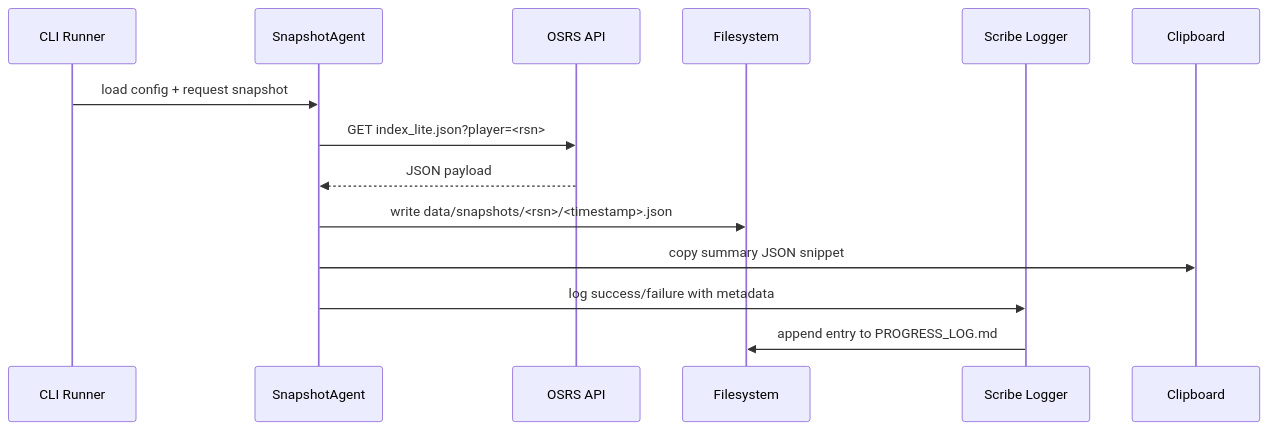
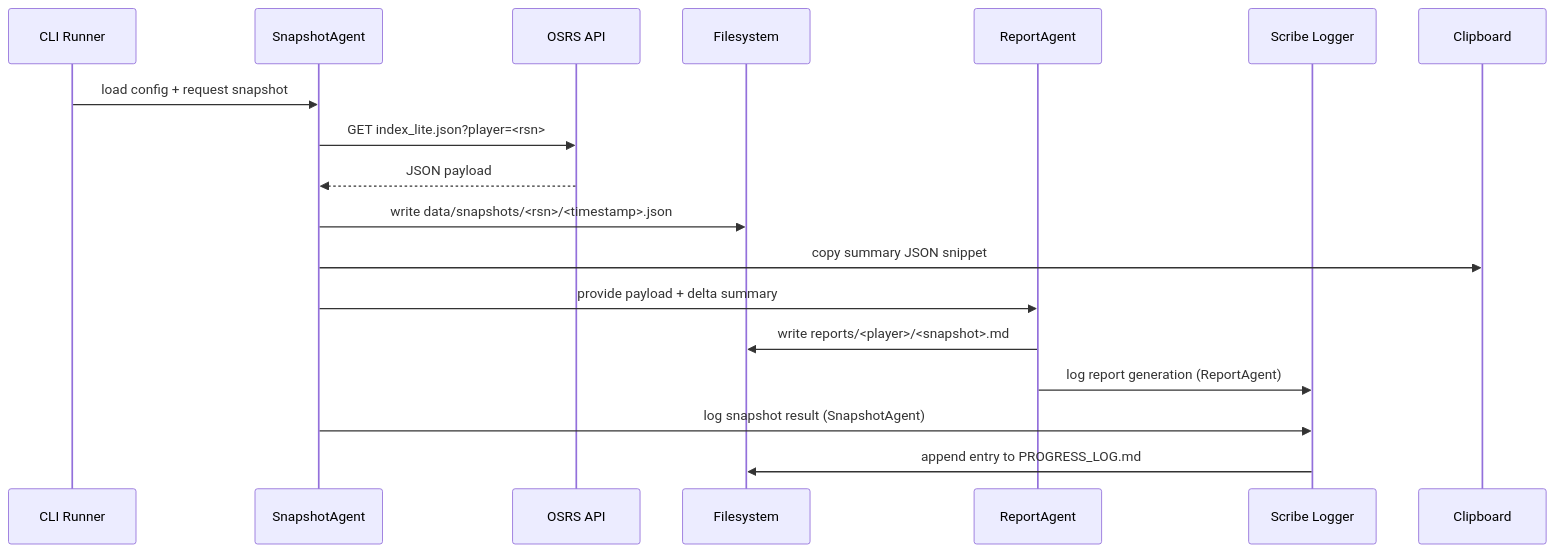
One commit to paxocial/osrs_hiscore_pull changed the second of 2 diagrams in docs/dev_plans/osrs_snapshot_agent/ARCHITECTURE_GUIDE.md. Above: the diagram before and after it, drawn with Mermaid. The commit also changed other lines of this file and 16 other files, not shown here.

First line of the commit message:
feat: Enhance SnapshotAgent and ReportAgent functionality

````diff
--- a/docs/dev_plans/osrs_snapshot_agent/ARCHITECTURE_GUIDE.md
+++ b/docs/dev_plans/osrs_snapshot_agent/ARCHITECTURE_GUIDE.md
@@ -254,16 +263,20 @@
 ```mermaid
 sequenceDiagram
   participant CLI as CLI Runner
   participant Agent as SnapshotAgent
   participant API as OSRS API
   participant FS as Filesystem
+  participant Report as ReportAgent
   participant Scribe as Scribe Logger
 
   CLI->>Agent: load config + request snapshot
   Agent->>API: GET index_lite.json?player=<rsn>
   API-->>Agent: JSON payload
   Agent->>FS: write data/snapshots/<rsn>/<timestamp>.json
   Agent->>Clipboard: copy summary JSON snippet
-  Agent->>Scribe: log success/failure with metadata
+  Agent->>Report: provide payload + delta summary
+  Report->>FS: write reports/<player>/<snapshot>.md
+  Report->>Scribe: log report generation (ReportAgent)
+  Agent->>Scribe: log snapshot result (SnapshotAgent)
   Scribe->>FS: append entry to PROGRESS_LOG.md
 ```
````
